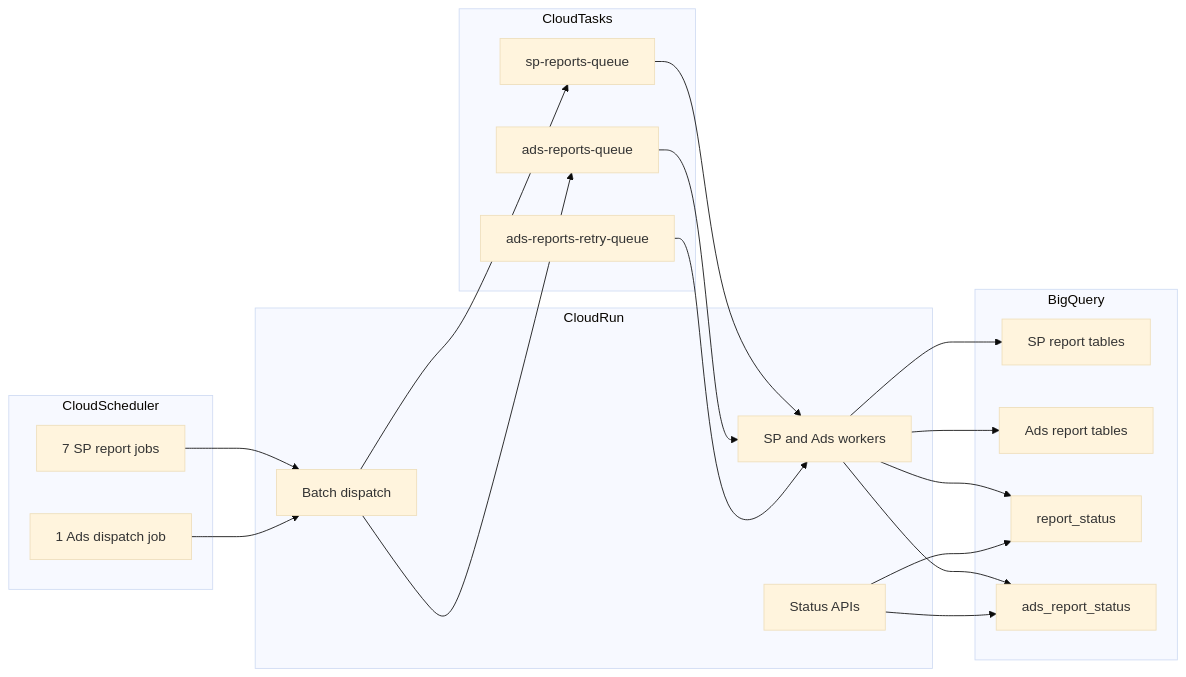
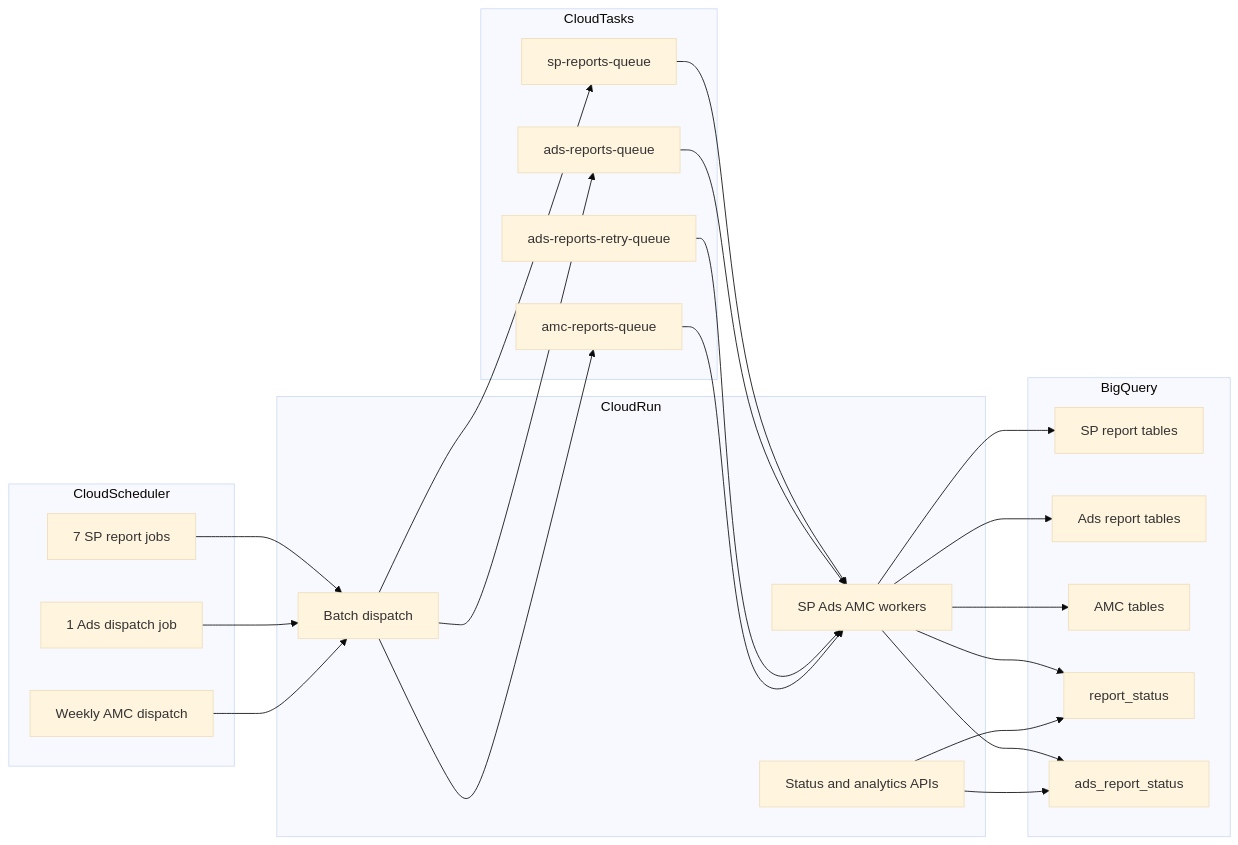
One commit to ssuico/amazon-pipelines-webdocs changed the diagram in docs/index.md. Above: the diagram before and after it, drawn with Mermaid (base theme). The commit also changed other lines of this file and 7 other files, not shown here.

First line of the commit message:
docs: align architecture and site overview with Jul platform

````diff
--- a/docs/index.md
+++ b/docs/index.md
@@ -51,40 +53,47 @@
 ```mermaid
 flowchart LR
   subgraph sched [CloudScheduler]
     SPJobs["7 SP report jobs"]
     AdsJob["1 Ads dispatch job"]
+    AmcJob["Weekly AMC dispatch"]
   end
 
   subgraph cr [CloudRun]
     Dispatch["Batch dispatch"]
-    Workers["SP and Ads workers"]
-    StatusAPI["Status APIs"]
+    Workers["SP Ads AMC workers"]
+    StatusAPI["Status and analytics APIs"]
   end
 
   subgraph tasks [CloudTasks]
     SPQ[sp-reports-queue]
     AdsQ[ads-reports-queue]
     RetryQ[ads-reports-retry-queue]
+    AmcQ[amc-reports-queue]
   end
 
   subgraph bq [BigQuery]
     SPData["SP report tables"]
     AdsData["Ads report tables"]
+    AmcData["AMC tables"]
     SPStatus[report_status]
     AdsStatus[ads_report_status]
   end
 
   SPJobs --> Dispatch
   AdsJob --> Dispatch
+  AmcJob --> Dispatch
   Dispatch --> SPQ
   Dispatch --> AdsQ
+  Dispatch --> AmcQ
   SPQ --> Workers
   AdsQ --> Workers
   RetryQ --> Workers
+  AmcQ --> Workers
   Workers --> SPData
   Workers --> AdsData
+  Workers --> AmcData
   Workers --> SPStatus
   Workers --> AdsStatus
   StatusAPI --> SPStatus
   StatusAPI --> AdsStatus
 ```
````
